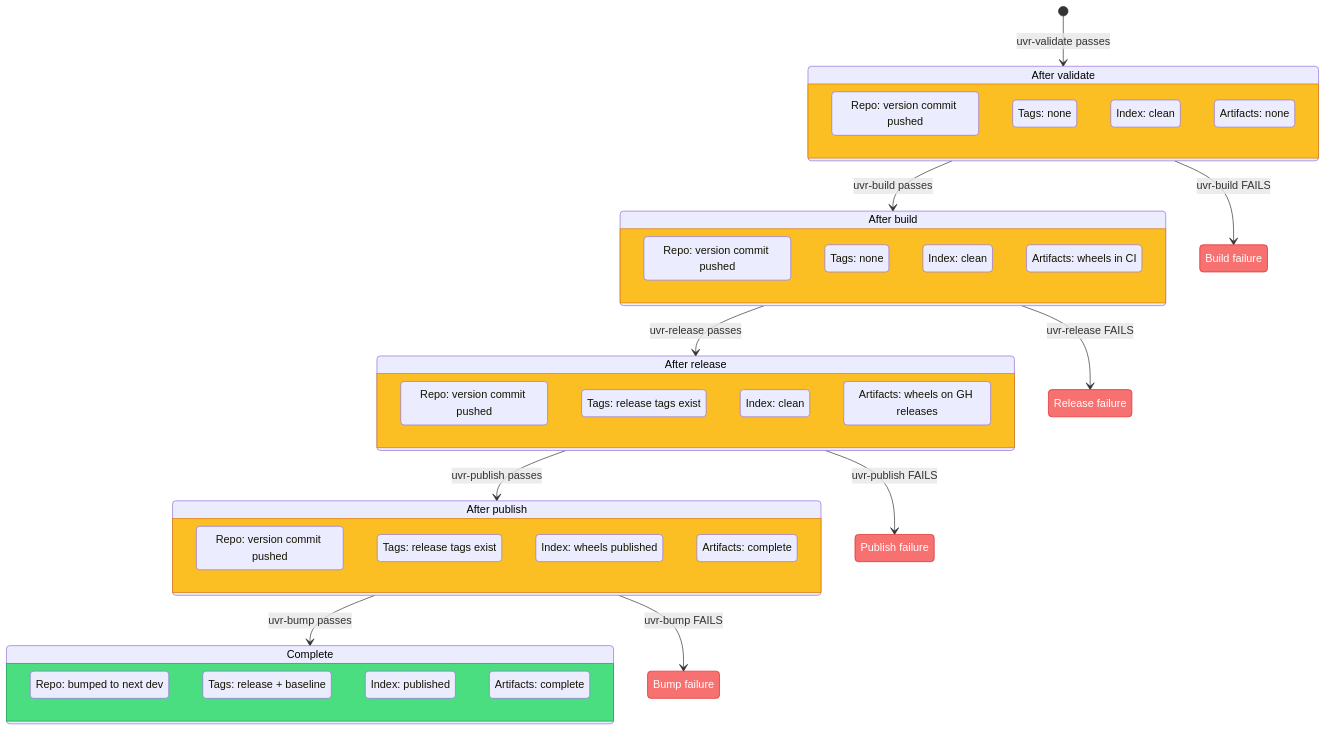
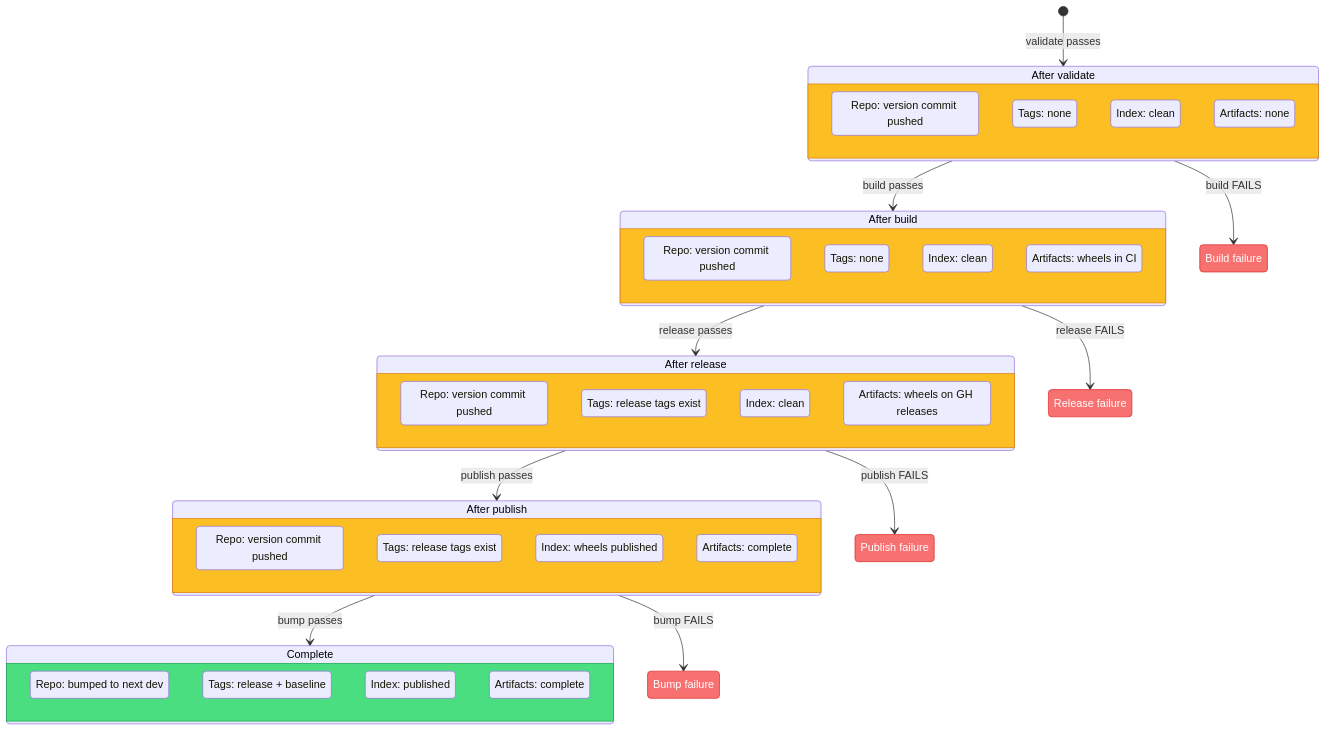
The ninth of 10 diagrams in docs/under-the-hood/package-states.md (tylerpayne/uv-release-monorepo), drawn with Mermaid before and after one commit. The commit also changed other lines of this file and 57 other files, not shown here.

````diff
--- a/docs/under-the-hood/package-states.md
+++ b/docs/under-the-hood/package-states.md
@@ -836,67 +602,67 @@
 ```mermaid
 stateDiagram-v2
     classDef success fill:#4ade80,stroke:#16a34a,color:#000
     classDef failed fill:#f87171,stroke:#dc2626,color:#fff
     classDef partial fill:#fbbf24,stroke:#d97706,color:#000
 
-    [*] --> validate_done: uvr-validate passes
+    [*] --> validate_done: validate passes
 
     state "After validate" as validate_done {
         state "Repo: version commit pushed" as v_repo
         state "Tags: none" as v_tags
         state "Index: clean" as v_idx
         state "Artifacts: none" as v_art
     }
 
-    validate_done --> build_done: uvr-build passes
-    validate_done --> build_fail: uvr-build FAILS
+    validate_done --> build_done: build passes
+    validate_done --> build_fail: build FAILS
 
     state "After build" as build_done {
         state "Repo: version commit pushed  " as b_repo
         state "Tags: none  " as b_tags
         state "Index: clean  " as b_idx
         state "Artifacts: wheels in CI" as b_art
     }
 
     state "Build failure" as build_fail
 
-    build_done --> release_done: uvr-release passes
-    build_done --> release_fail: uvr-release FAILS
+    build_done --> release_done: release passes
+    build_done --> release_fail: release FAILS
 
     state "After release" as release_done {
         state "Repo: version commit pushed    " as r_repo
         state "Tags: release tags exist" as r_tags
         state "Index: clean    " as r_idx
         state "Artifacts: wheels on GH releases" as r_art
     }
 
     state "Release failure" as release_fail
 
-    release_done --> publish_done: uvr-publish passes
-    release_done --> publish_fail: uvr-publish FAILS
+    release_done --> publish_done: publish passes
+    release_done --> publish_fail: publish FAILS
 
     state "After publish" as publish_done {
         state "Repo: version commit pushed     " as p_repo
         state "Tags: release tags exist  " as p_tags
         state "Index: wheels published" as p_idx
         state "Artifacts: complete" as p_art
     }
 
     state "Publish failure" as publish_fail
 
-    publish_done --> bump_done: uvr-bump passes
-    publish_done --> bump_fail: uvr-bump FAILS
+    publish_done --> bump_done: bump passes
+    publish_done --> bump_fail: bump FAILS
 
     state "Complete" as bump_done {
         state "Repo: bumped to next dev" as c_repo
         state "Tags: release + baseline" as c_tags
         state "Index: published" as c_idx
         state "Artifacts: complete  " as c_art
     }
 
     state "Bump failure" as bump_fail
 
     class validate_done,build_done,release_done,publish_done partial
     class bump_done success
     class build_fail,release_fail,publish_fail,bump_fail failed
 ```
````
